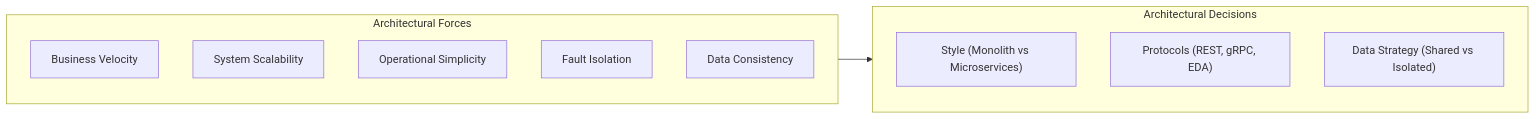
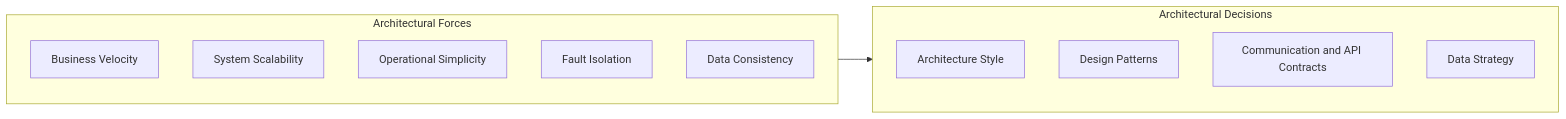
Before and after one commit to srikanthkakumanu/api-architecture: the first of 8 diagrams in docs/architecture-overview.md, drawn with Mermaid. The commit also changed other lines of this file and 105 other files, not shown here.

First line of the commit message:
feat: Initialize database schema and add basic HTML pages

````diff
--- a/docs/architecture-overview.md
+++ b/docs/architecture-overview.md
@@ -27,18 +27,19 @@
 ```mermaid
 flowchart LR
     subgraph Forces["Architectural Forces"]
         A["Business Velocity"]
         B["System Scalability"]
         C["Operational Simplicity"]
         D["Fault Isolation"]
         E["Data Consistency"]
     end
 
     subgraph Decisions["Architectural Decisions"]
-        S["Style (Monolith vs Microservices)"]
-        P["Protocols (REST, gRPC, EDA)"]
-        D1["Data Strategy (Shared vs Isolated)"]
+        S["Architecture Style"]
+        P["Design Patterns"]
+        CT["Communication and API Contracts"]
+        D1["Data Strategy"]
     end
 
     Forces --> Decisions
 ```
````
